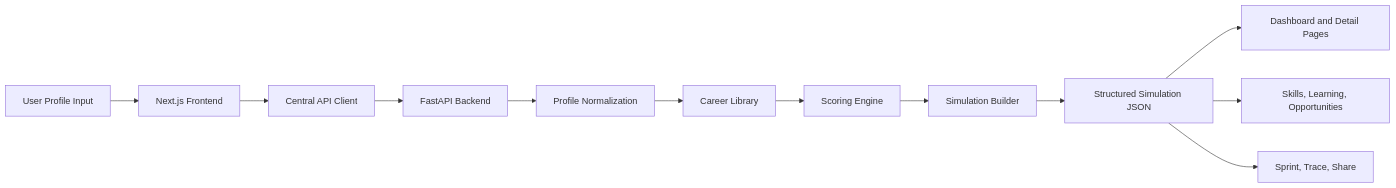
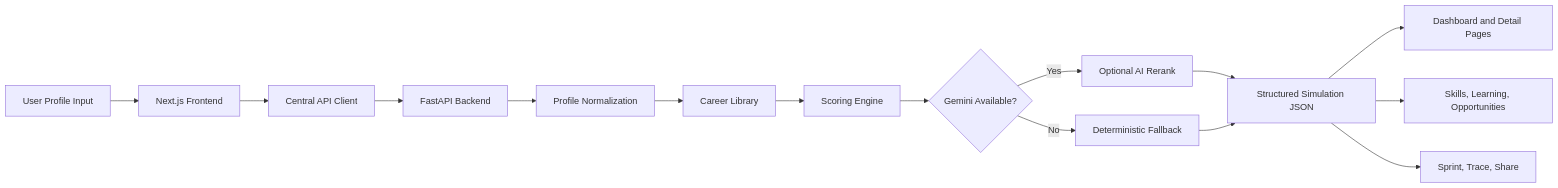
Before and after one commit to Dhruvg334/Daedalus: the first of 3 diagrams in README.md, drawn with Mermaid. The commit also changed other lines of this file and 14 other files, not shown here.

````diff
--- a/README.md
+++ b/README.md
@@ -59,14 +60,17 @@
 ```mermaid
 flowchart LR
     A[User Profile Input] --> B[Next.js Frontend]
     B --> C[Central API Client]
     C --> D[FastAPI Backend]
     D --> E[Profile Normalization]
     E --> F[Career Library]
     F --> G[Scoring Engine]
-    G --> H[Simulation Builder]
-    H --> I[Structured Simulation JSON]
+    G --> H{Gemini Available?}
+    H -->|Yes| R[Optional AI Rerank]
+    H -->|No| S[Deterministic Fallback]
+    R --> I[Structured Simulation JSON]
+    S --> I[Structured Simulation JSON]
     I --> J[Dashboard and Detail Pages]
     I --> K[Skills, Learning, Opportunities]
     I --> L[Sprint, Trace, Share]
 ```
````
